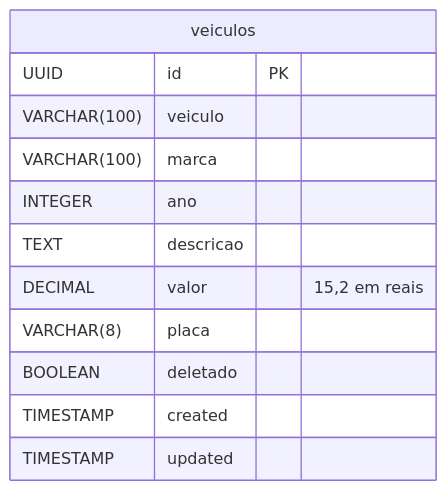
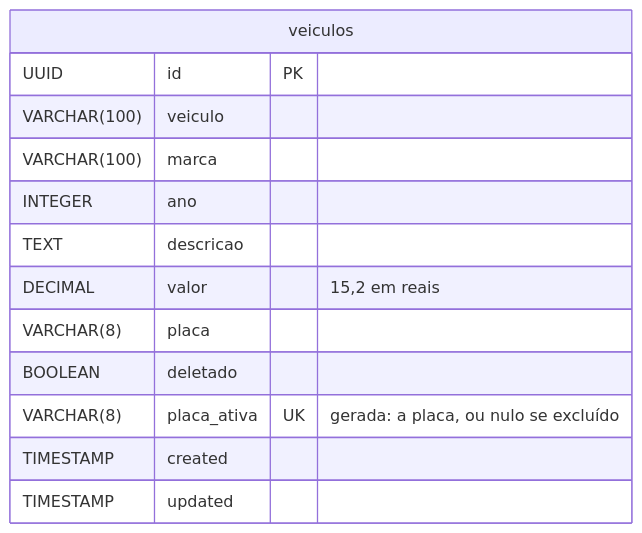
The diagram in README.md (luiz-matos/Desafio-Controle-Veiculos), drawn with Mermaid before and after one commit. The commit also changed other lines of this file, not shown here.

````diff
--- a/README.md
+++ b/README.md
@@ -142,15 +184,16 @@
 ```mermaid
 erDiagram
     veiculos {
         UUID id PK
         VARCHAR(100) veiculo
         VARCHAR(100) marca
         INTEGER ano
         TEXT descricao
         DECIMAL valor "15,2 em reais"
         VARCHAR(8) placa
         BOOLEAN deletado
+        VARCHAR(8) placa_ativa UK "gerada: a placa, ou nulo se excluído"
         TIMESTAMP created
         TIMESTAMP updated
     }
 ```
````
